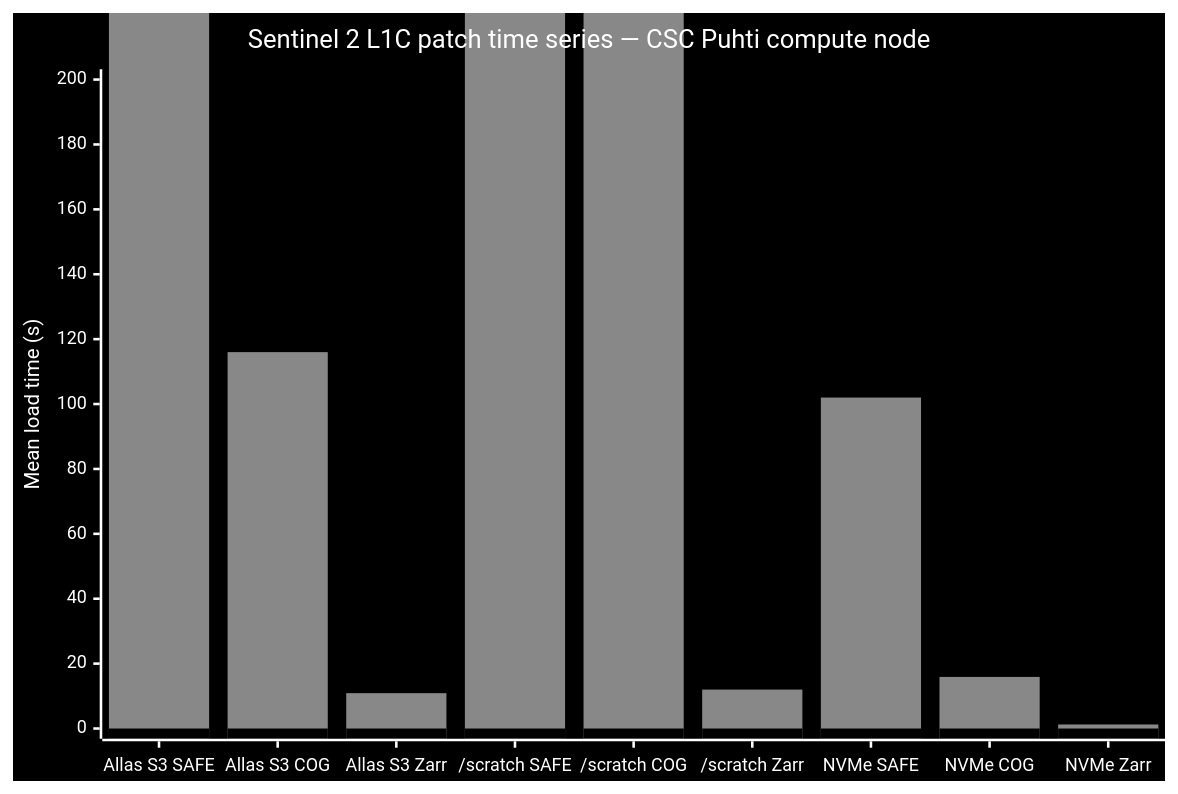
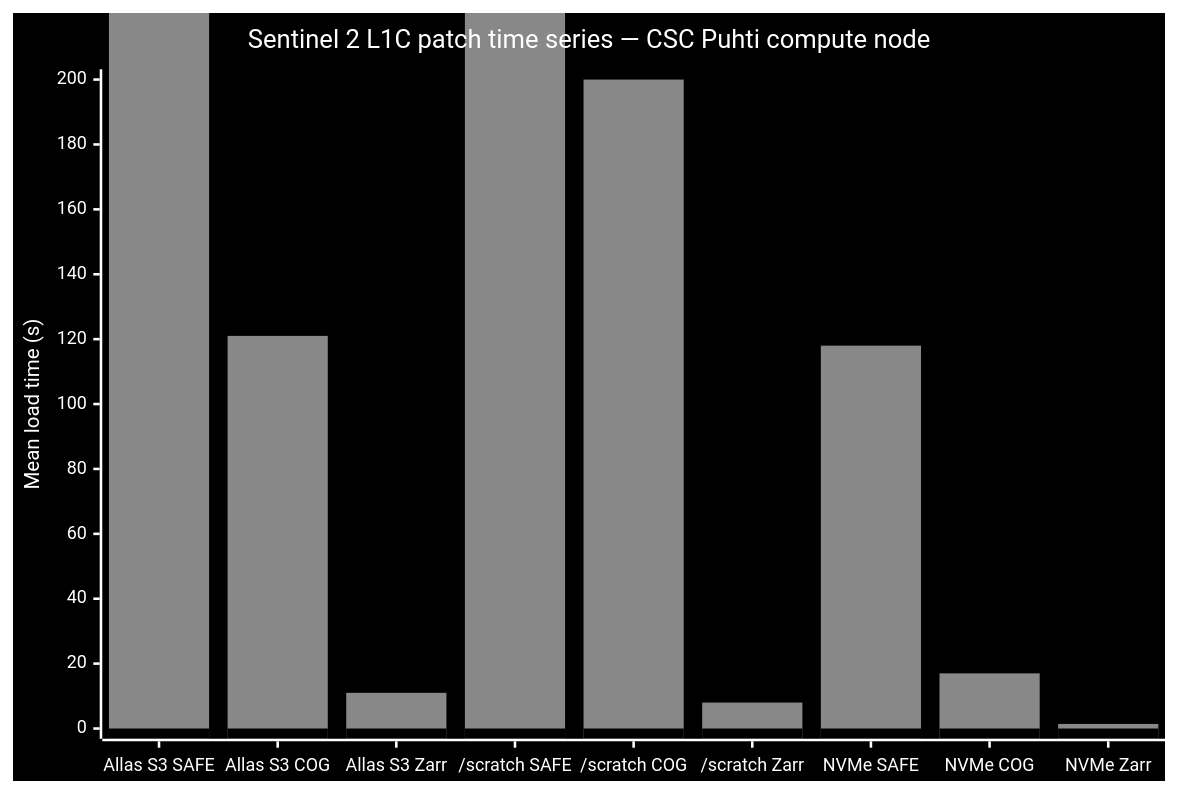
One commit to hamk-uas/datacube-storage-lab changed the fourth of 4 diagrams in README.md. Above: the diagram before and after it, drawn with Mermaid. The commit also changed other lines of this file, not shown here.

````diff
--- a/README.md
+++ b/README.md
@@ -444,28 +444,28 @@
 ```mermaid
 ---
 config:
     xyChart:
         width: 900
         height: 600
     themeVariables:
         xyChart:
             backgroundColor: "#000"
             titleColor: "#fff"
             xAxisLabelColor: "#fff"
             xAxisTitleColor: "#fff"
             xAxisTickColor: "#fff"
             xAxisLineColor: "#fff"
             yAxisLabelColor: "#fff"
             yAxisTitleColor: "#fff"
             yAxisTickColor: "#fff"
             yAxisLineColor: "#fff"
             plotColorPalette: "#fff8, #000"
 ---
 xychart-beta
     title "Sentinel 2 L1C patch time series — CSC Puhti compute node"
     x-axis ["Allas S3 SAFE", "Allas S3 COG", "Allas S3 Zarr", "/scratch SAFE", "/scratch COG", "/scratch Zarr", "NVMe SAFE", "NVMe COG", "NVMe Zarr"]
     y-axis "Mean load time (s)" 0 --> 200
-    bar [6590, 116, 10.9, 1141, 223, 12.0, 102, 15.9, 1.25]
+    bar [6379, 121, 11.0, 1041, 200, 8.0, 118, 17.0, 1.41]
     bar [0, 0, 0, 0, 0, 0, 0, 0, 0]
     
 ```
````
